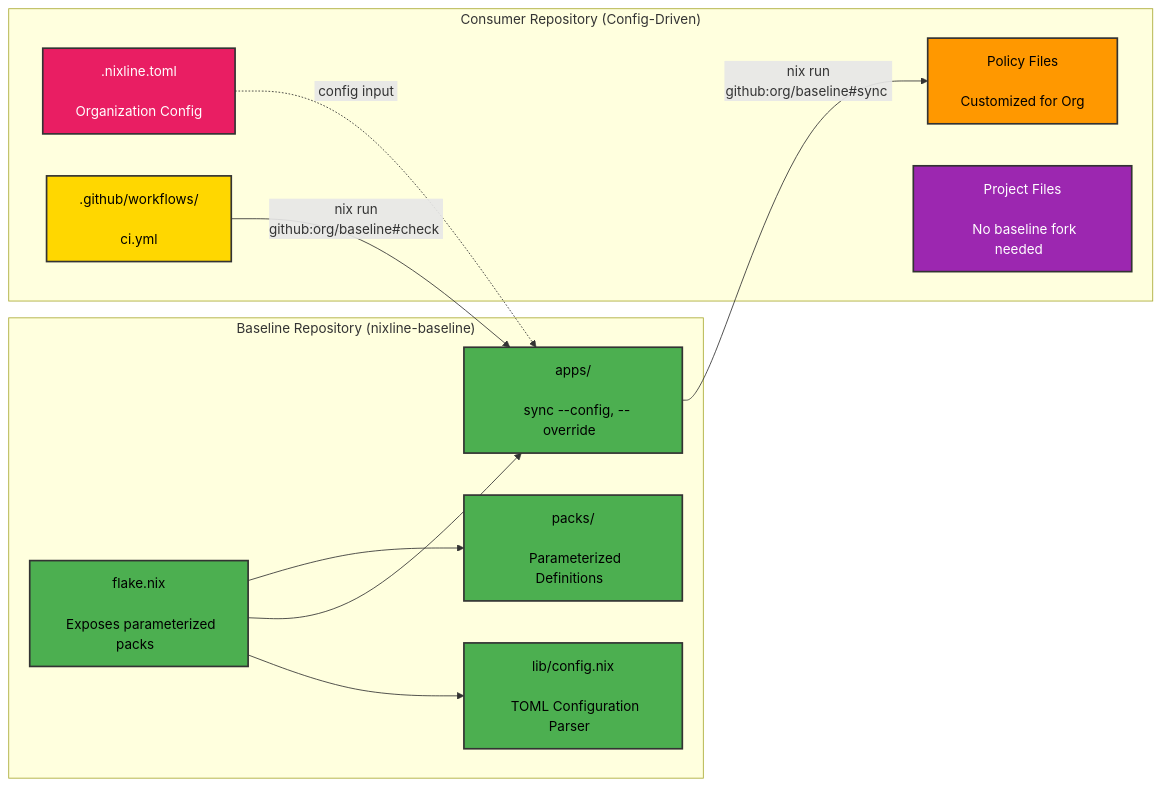
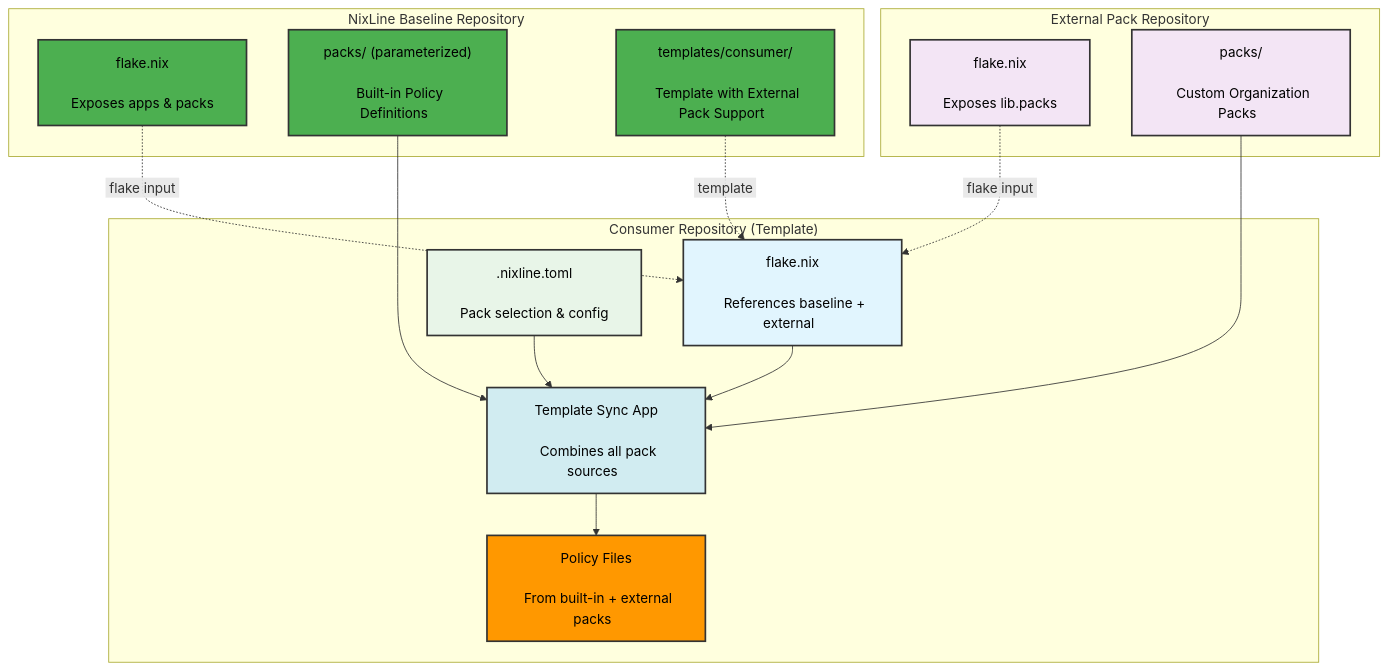
One commit to NixLine-org/nixline-baseline changed the fifth of 5 diagrams in README.md. Above: the diagram before and after it, drawn with Mermaid. The commit also changed other lines of this file and 13 other files, not shown here.

Commit message:
configuration-driven consumption with enhanced sync app

````diff
--- a/README.md
+++ b/README.md
@@ -135,32 +286,40 @@
 ```mermaid
-graph LR
-    subgraph baseline["&nbsp;&nbsp;&nbsp;&nbsp;Baseline Repository (nixline-baseline)&nbsp;&nbsp;&nbsp;&nbsp;"]
-        B1["&nbsp;&nbsp;flake.nix&nbsp;&nbsp;<br/>&nbsp;<br/>&nbsp;&nbsp;Exposes parameterized packs&nbsp;&nbsp;"]
-        B2["&nbsp;&nbsp;packs/&nbsp;&nbsp;<br/>&nbsp;<br/>&nbsp;&nbsp;Parameterized Definitions&nbsp;&nbsp;"]
-        B3["&nbsp;&nbsp;apps/&nbsp;&nbsp;<br/>&nbsp;<br/>&nbsp;&nbsp;sync --config, --override&nbsp;&nbsp;"]
-        B4["&nbsp;&nbsp;lib/config.nix&nbsp;&nbsp;<br/>&nbsp;<br/>&nbsp;&nbsp;TOML Configuration Parser&nbsp;&nbsp;"]
-        B1 --> B2
-        B1 --> B3
-        B1 --> B4
+graph TD
+    subgraph baseline["&nbsp;&nbsp;&nbsp;&nbsp;NixLine Baseline Repository&nbsp;&nbsp;&nbsp;&nbsp;"]
+        B1["&nbsp;&nbsp;flake.nix&nbsp;&nbsp;<br/>&nbsp;<br/>&nbsp;&nbsp;Exposes apps & packs&nbsp;&nbsp;"]
+        B2["&nbsp;&nbsp;packs/ (parameterized)&nbsp;&nbsp;<br/>&nbsp;<br/>&nbsp;&nbsp;Built-in Policy Definitions&nbsp;&nbsp;"]
+        B3["&nbsp;&nbsp;templates/consumer/&nbsp;&nbsp;<br/>&nbsp;<br/>&nbsp;&nbsp;Template with External Pack Support&nbsp;&nbsp;"]
     end
 
-    subgraph consumer["&nbsp;&nbsp;&nbsp;&nbsp;Consumer Repository (Config-Driven)&nbsp;&nbsp;&nbsp;&nbsp;"]
-        C1["&nbsp;&nbsp;.nixline.toml&nbsp;&nbsp;<br/>&nbsp;<br/>&nbsp;&nbsp;Organization Config&nbsp;&nbsp;"]
-        C2["&nbsp;&nbsp;Policy Files&nbsp;&nbsp;<br/>&nbsp;<br/>&nbsp;&nbsp;Customized for Org&nbsp;&nbsp;"]
-        C4["&nbsp;&nbsp;.github/workflows/&nbsp;&nbsp;<br/>&nbsp;<br/>&nbsp;&nbsp;ci.yml&nbsp;&nbsp;"]
-        C5["&nbsp;&nbsp;Project Files&nbsp;&nbsp;<br/>&nbsp;<br/>&nbsp;&nbsp;No baseline fork needed&nbsp;&nbsp;"]
+    subgraph external["&nbsp;&nbsp;&nbsp;&nbsp;External Pack Repository&nbsp;&nbsp;&nbsp;&nbsp;"]
+        E1["&nbsp;&nbsp;flake.nix&nbsp;&nbsp;<br/>&nbsp;<br/>&nbsp;&nbsp;Exposes lib.packs&nbsp;&nbsp;"]
+        E2["&nbsp;&nbsp;packs/&nbsp;&nbsp;<br/>&nbsp;<br/>&nbsp;&nbsp;Custom Organization Packs&nbsp;&nbsp;"]
     end
 
-    C1 -.->|"&nbsp;config input&nbsp;"| B3
-    B3 -->|"&nbsp;nix run github:org/baseline#sync&nbsp;"| C2
-    C4 -->|"&nbsp;nix run github:org/baseline#check&nbsp;"| B3
+    subgraph consumer["&nbsp;&nbsp;&nbsp;&nbsp;Consumer Repository (Template)&nbsp;&nbsp;&nbsp;&nbsp;"]
+        C1["&nbsp;&nbsp;flake.nix&nbsp;&nbsp;<br/>&nbsp;<br/>&nbsp;&nbsp;References baseline + external&nbsp;&nbsp;"]
+        C2["&nbsp;&nbsp;.nixline.toml&nbsp;&nbsp;<br/>&nbsp;<br/>&nbsp;&nbsp;Pack selection & config&nbsp;&nbsp;"]
+        C3["&nbsp;&nbsp;Policy Files&nbsp;&nbsp;<br/>&nbsp;<br/>&nbsp;&nbsp;From built-in + external packs&nbsp;&nbsp;"]
+        C4["&nbsp;&nbsp;Template Sync App&nbsp;&nbsp;<br/>&nbsp;<br/>&nbsp;&nbsp;Combines all pack sources&nbsp;&nbsp;"]
+    end
+
+    B1 -.->|"&nbsp;flake input&nbsp;"| C1
+    E1 -.->|"&nbsp;flake input&nbsp;"| C1
+    B3 -.->|"&nbsp;template&nbsp;"| C1
+
+    C1 --> C4
+    C2 --> C4
+    B2 --> C4
+    E2 --> C4
+    C4 --> C3
 
     style B1 fill:#4CAF50,color:#000000,stroke:#333,stroke-width:2px
     style B2 fill:#4CAF50,color:#000000,stroke:#333,stroke-width:2px
     style B3 fill:#4CAF50,color:#000000,stroke:#333,stroke-width:2px
-    style B4 fill:#4CAF50,color:#000000,stroke:#333,stroke-width:2px
-    style C1 fill:#E91E63,color:#FFFFFF,stroke:#333,stroke-width:2px
-    style C2 fill:#FF9800,color:#000000,stroke:#333,stroke-width:2px
-    style C4 fill:#FFD700,color:#000000,stroke:#333,stroke-width:2px
-    style C5 fill:#9C27B0,color:#FFFFFF,stroke:#333,stroke-width:2px
+    style E1 fill:#f3e5f5,color:#000000,stroke:#333,stroke-width:2px
+    style E2 fill:#f3e5f5,color:#000000,stroke:#333,stroke-width:2px
+    style C1 fill:#e1f5fe,color:#000000,stroke:#333,stroke-width:2px
+    style C2 fill:#e8f5e8,color:#000000,stroke:#333,stroke-width:2px
+    style C3 fill:#FF9800,color:#000000,stroke:#333,stroke-width:2px
+    style C4 fill:#d1ecf1,color:#000000,stroke:#333,stroke-width:2px
 ```
````
